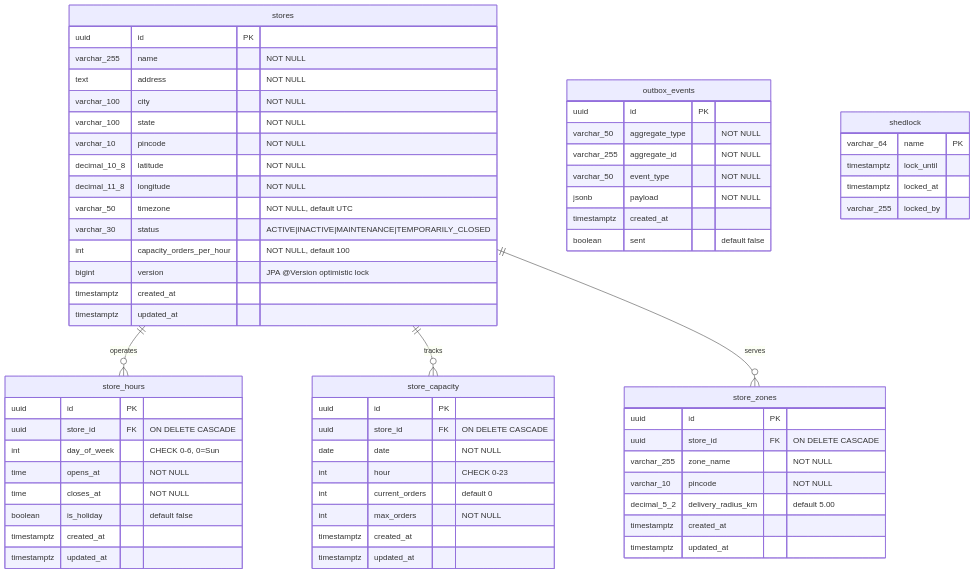
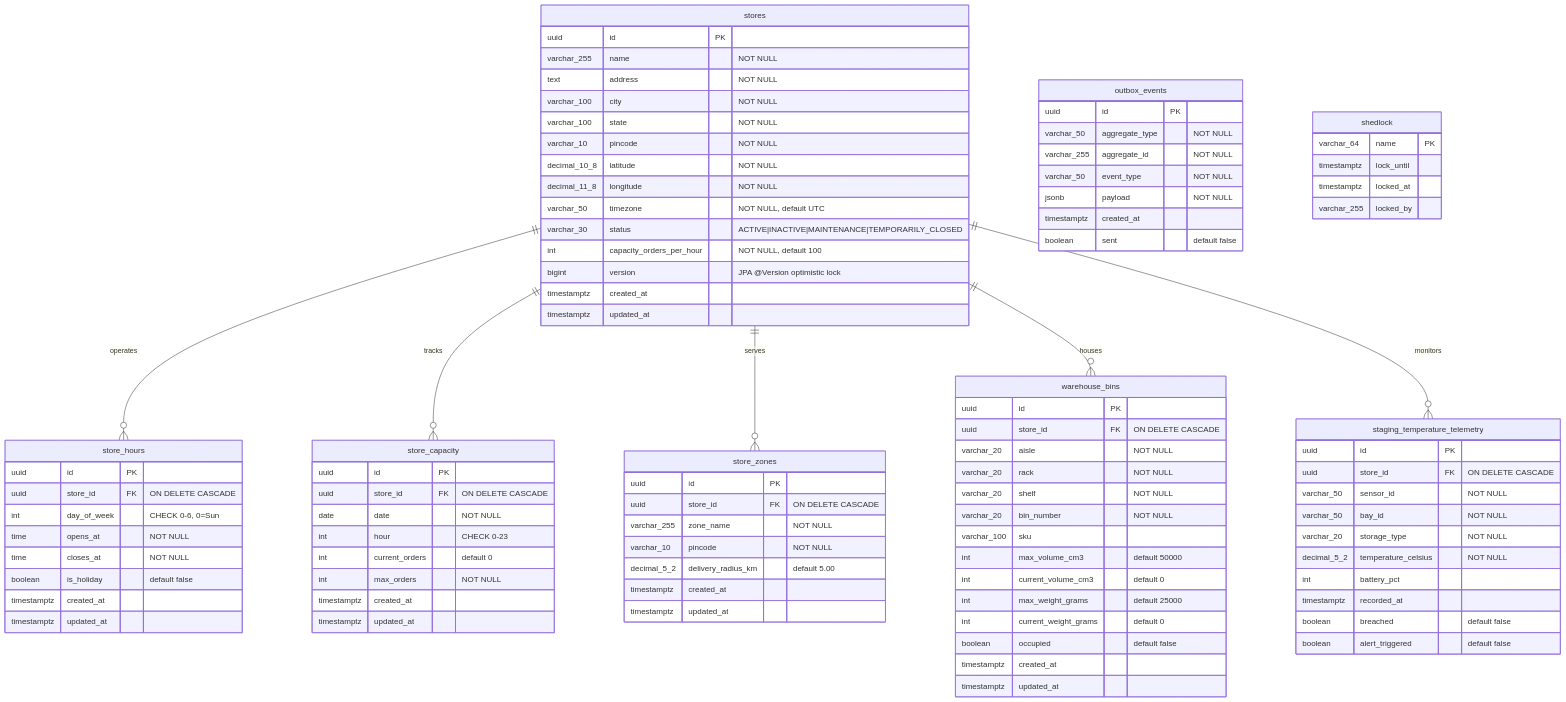
One commit to sunitakeazycommerz-a11y/InstaCommerce changed the fourth of 7 diagrams in services/warehouse-service/README.md. Above: the diagram before and after it, drawn with Mermaid. The commit also changed other lines of this file and 64 other files, not shown here.

````diff
--- a/services/warehouse-service/README.md
+++ b/services/warehouse-service/README.md
@@ -257,7 +257,37 @@
         timestamptz locked_at
         varchar_255 locked_by
     }
+    warehouse_bins {
+        uuid id PK
+        uuid store_id FK "ON DELETE CASCADE"
+        varchar_20 aisle "NOT NULL"
+        varchar_20 rack "NOT NULL"
+        varchar_20 shelf "NOT NULL"
+        varchar_20 bin_number "NOT NULL"
+        varchar_100 sku
+        int max_volume_cm3 "default 50000"
+        int current_volume_cm3 "default 0"
+        int max_weight_grams "default 25000"
+        int current_weight_grams "default 0"
+        boolean occupied "default false"
+        timestamptz created_at
+        timestamptz updated_at
+    }
+    staging_temperature_telemetry {
+        uuid id PK
+        uuid store_id FK "ON DELETE CASCADE"
+        varchar_50 sensor_id "NOT NULL"
+        varchar_50 bay_id "NOT NULL"
+        varchar_20 storage_type "NOT NULL"
+        decimal_5_2 temperature_celsius "NOT NULL"
+        int battery_pct
+        timestamptz recorded_at
+        boolean breached "default false"
+        boolean alert_triggered "default false"
+    }
     stores ||--o{ store_hours : "operates"
     stores ||--o{ store_capacity : "tracks"
     stores ||--o{ store_zones : "serves"
+    stores ||--o{ warehouse_bins : "houses"
+    stores ||--o{ staging_temperature_telemetry : "monitors"
 ```
````
